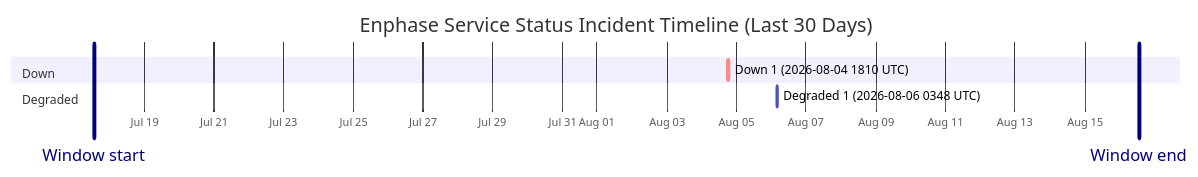
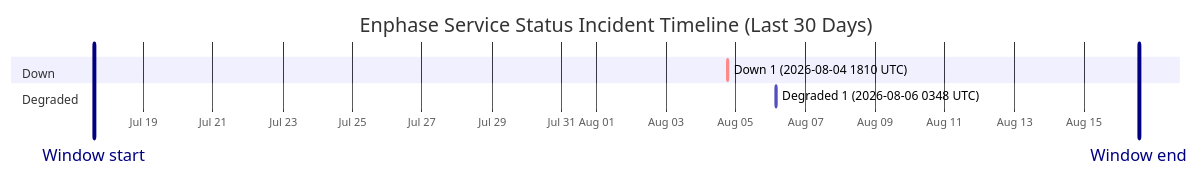
The diagram in wiki/Service-Status-History.md (barneyonline/ha-enphase-energy), drawn with Mermaid before and after one commit. The commit also changed other lines of this file and 3 other files, not shown here.

````diff
--- a/wiki/Service-Status-History.md
+++ b/wiki/Service-Status-History.md
@@ -14,12 +14,12 @@
 ```mermaid
 gantt
     title Enphase Service Status Incident Timeline (Last 30 Days)
     dateFormat  YYYY-MM-DDTHH:mm:ss
     axisFormat  %b %d
-    Window start :vert, window-start, 2026-07-17T13:29:08, 0ms
-    Window end :vert, window-end, 2026-08-16T13:29:08, 0ms
+    Window start :vert, window-start, 2026-07-17T13:54:30, 0ms
+    Window end :vert, window-end, 2026-08-16T13:54:30, 0ms
     section Down
     Down 1 (2026-08-04 1810 UTC) :crit, down-1, 2026-08-04T18:10:46, 60m
     section Degraded
     Degraded 1 (2026-08-06 0348 UTC) :active, degraded-1, 2026-08-06T03:48:14, 60m
 ```
````
